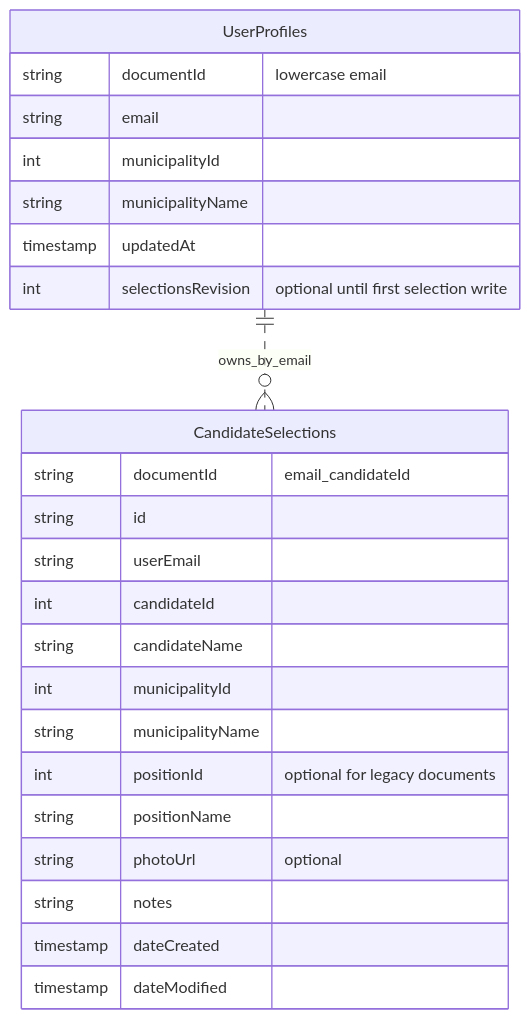
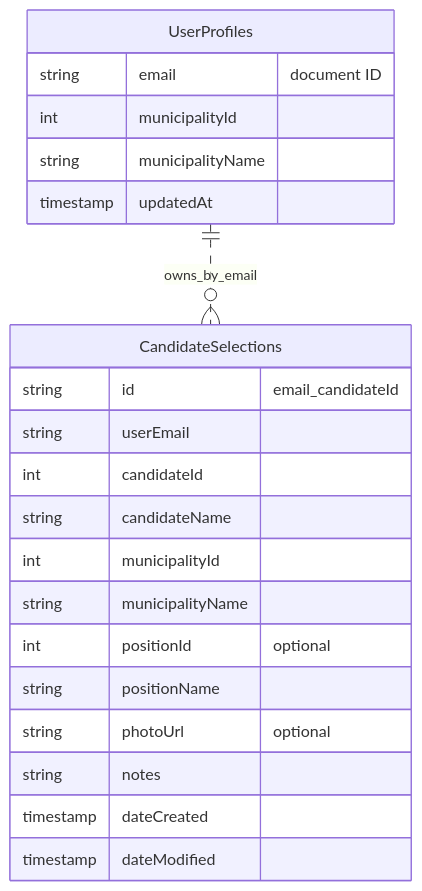
Before and after one commit to Bardia258/Assignment2-term4: the second of 2 diagrams in COMP4977-MunicipalElections-iOS/docs/erd/ERD.md, drawn with Mermaid. The commit also changed other lines of this file and 13 other files, not shown here.

````diff
--- a/COMP4977-MunicipalElections-iOS/docs/erd/ERD.md
+++ b/COMP4977-MunicipalElections-iOS/docs/erd/ERD.md
@@ -67,28 +52,25 @@
 ```mermaid
 erDiagram
     UserProfiles ||..o{ CandidateSelections : owns_by_email
 
     UserProfiles {
-        string documentId "lowercase email"
-        string email
+        string email "document ID"
         int municipalityId
         string municipalityName
         timestamp updatedAt
-        int selectionsRevision "optional until first selection write"
     }
     CandidateSelections {
-        string documentId "email_candidateId"
-        string id
+        string id "email_candidateId"
         string userEmail
         int candidateId
         string candidateName
         int municipalityId
         string municipalityName
-        int positionId "optional for legacy documents"
+        int positionId "optional"
         string positionName
         string photoUrl "optional"
         string notes
         timestamp dateCreated
         timestamp dateModified
     }
 ```
````
